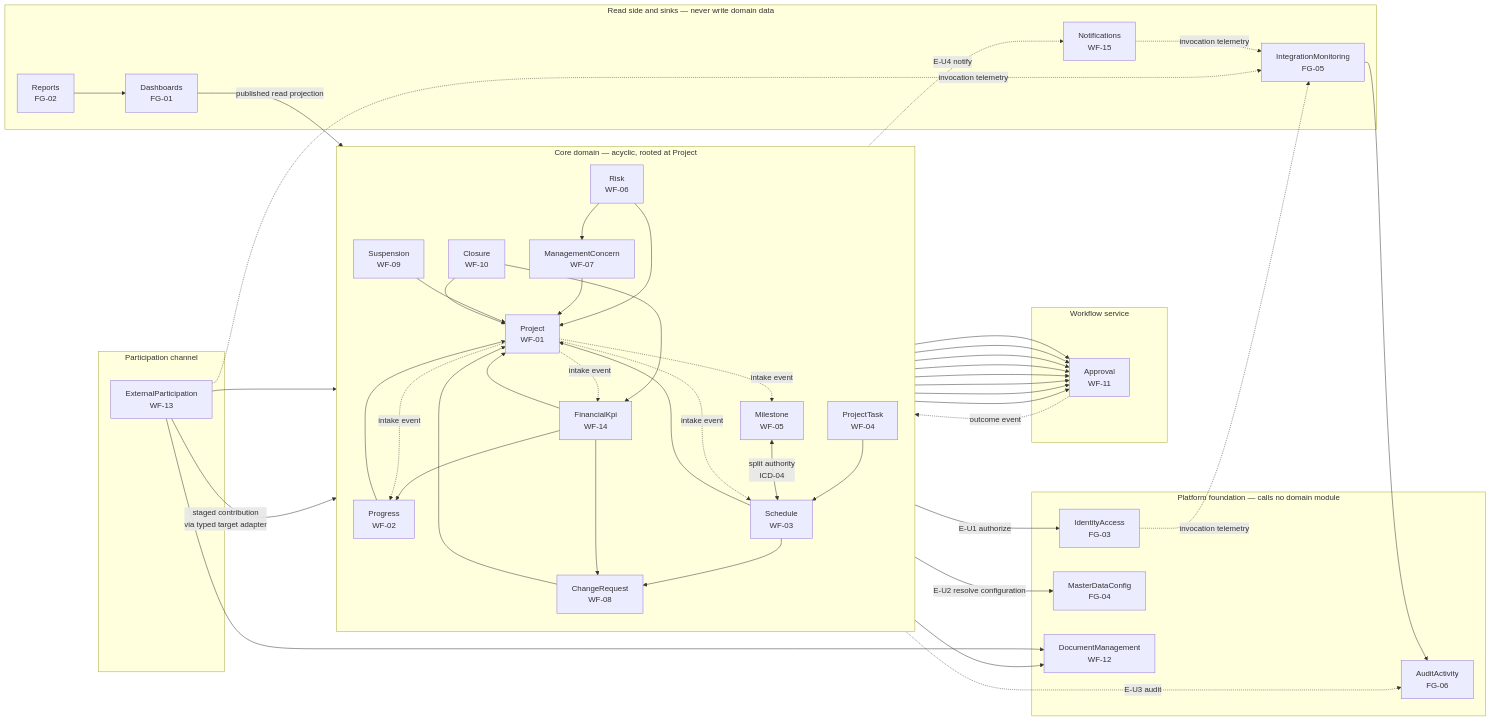
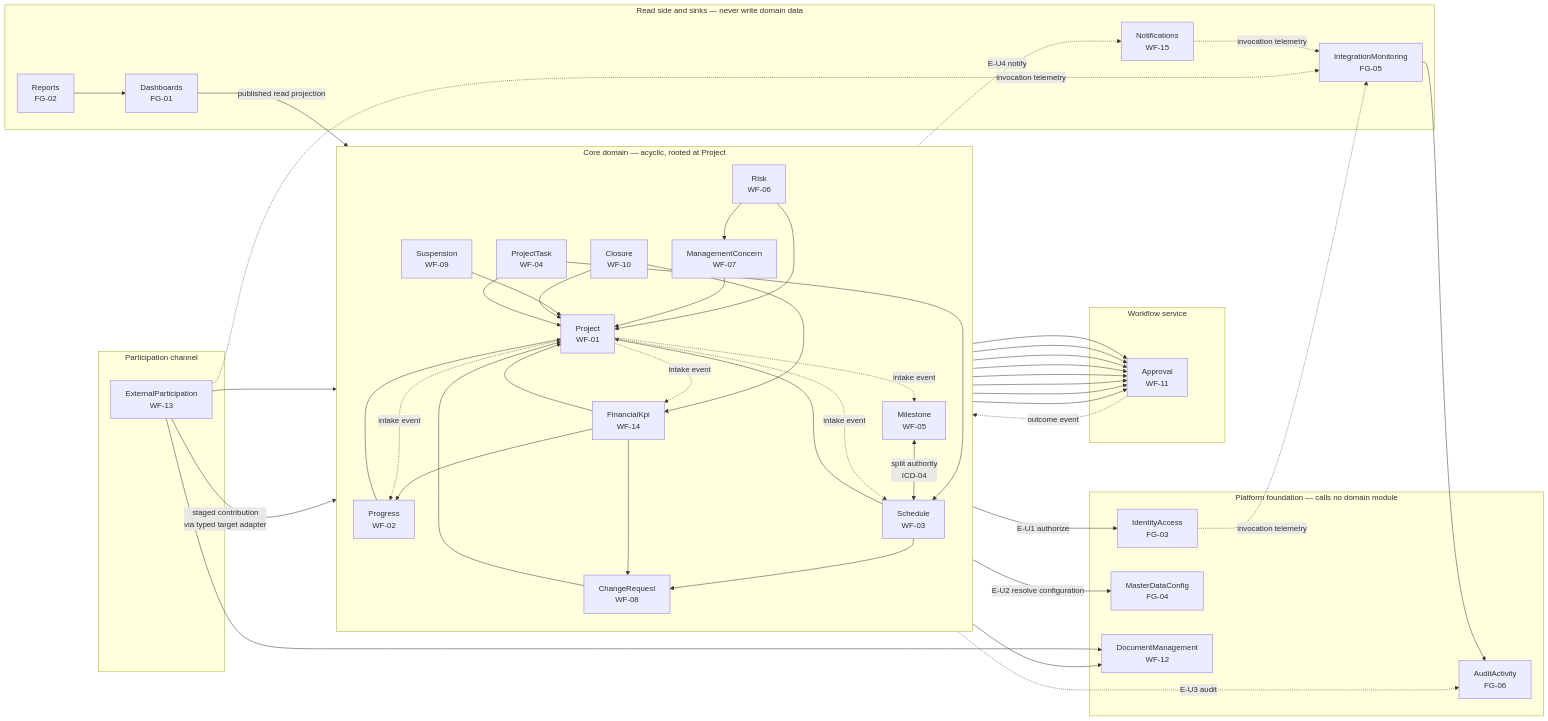
Before and after one commit to baderalhindi/ImplementW: the second of 2 diagrams in docs/architecture/solution-architecture.md, drawn with Mermaid. The commit also changed other lines of this file and 7 other files, not shown here.

```diff
--- a/docs/architecture/solution-architecture.md
+++ b/docs/architecture/solution-architecture.md
@@ -250,6 +250,7 @@
   SUS --> PRJ
   CLO --> PRJ
   TSK --> SCH
+  TSK --> PRJ
   MIL <-->|"split authority<br/>ICD-04"| SCH
   SCH --> CHG
   FIN --> CHG
```
